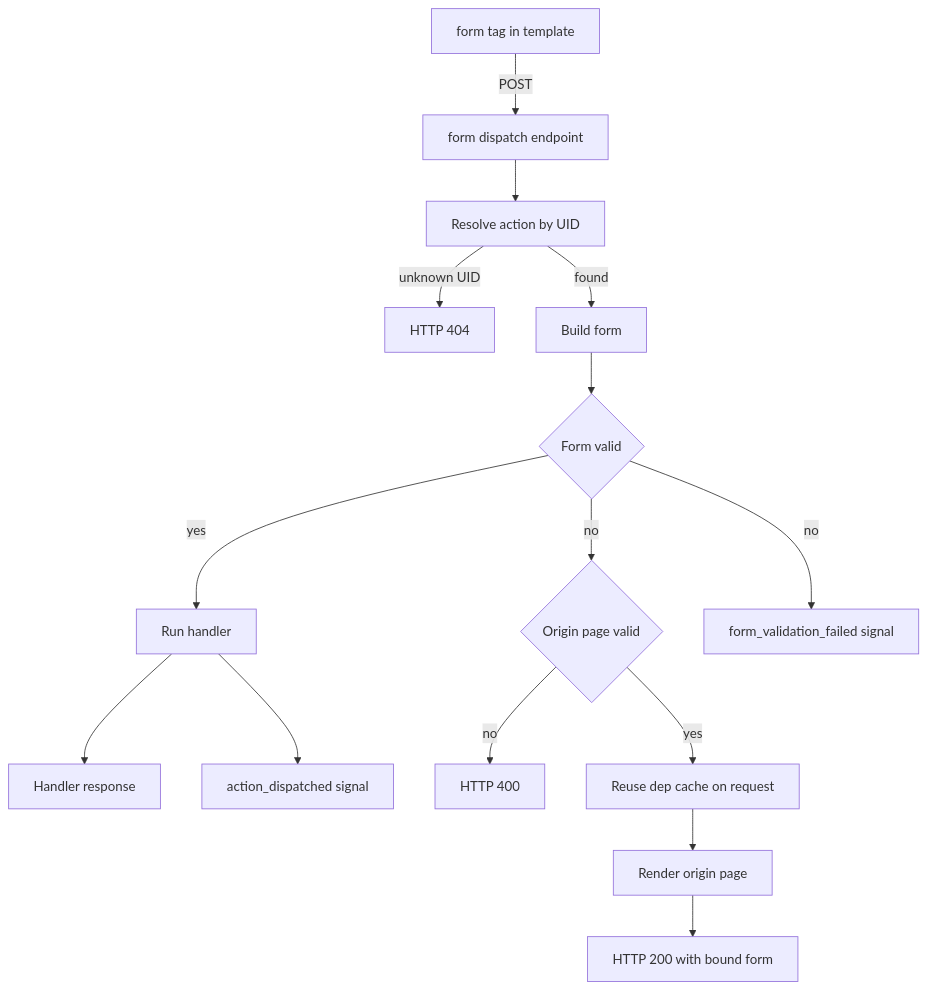
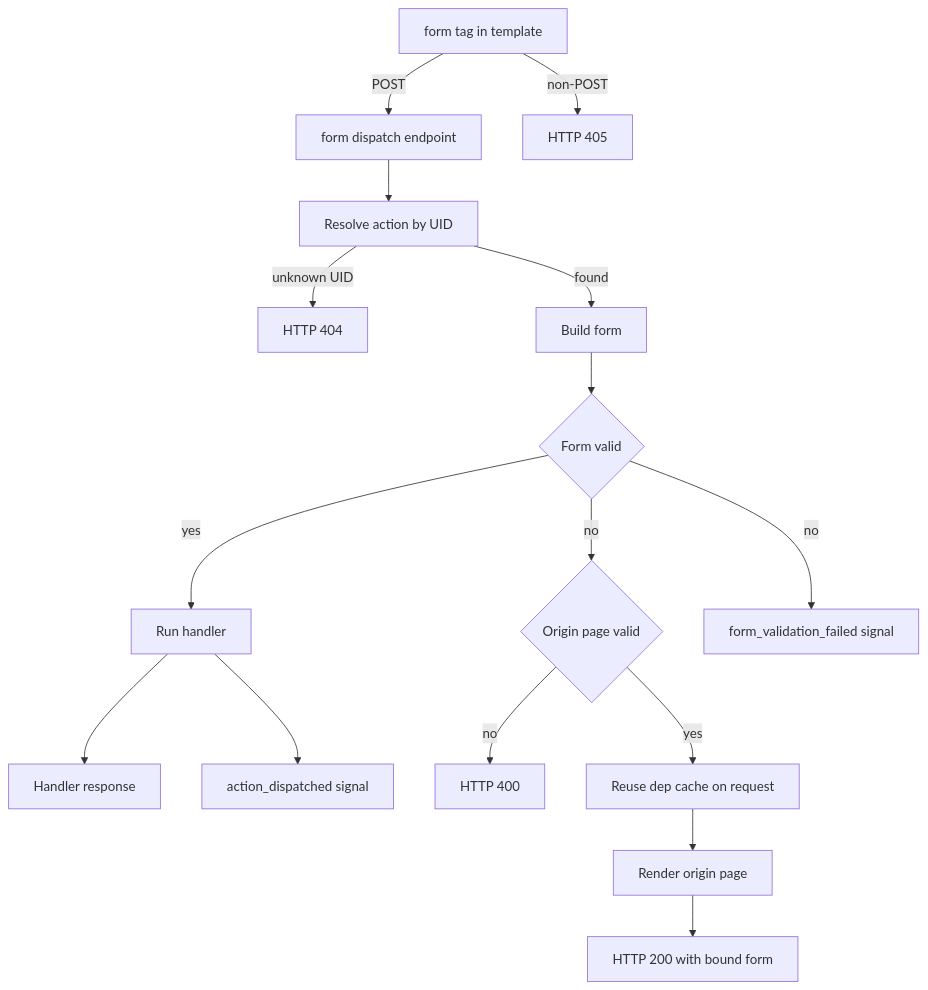
Before and after one commit to next-dj/next-dj: the diagram in docs/content/internals/action-dispatch.rst, drawn with Mermaid. The commit also changed other lines of this file and 89 other files, not shown here.

```diff
--- a/docs/content/internals/action-dispatch.rst
+++ b/docs/content/internals/action-dispatch.rst
@@ -22,17 +23,18 @@
 .. mermaid::
 
    flowchart TB
        Template["form tag in template"] -- POST --> Endpoint["form dispatch endpoint"]
+       Template -- "non-POST" --> NotAllowed["HTTP 405"]
        Endpoint --> Lookup["Resolve action by UID"]
        Lookup -- unknown UID --> NotFound["HTTP 404"]
        Lookup -- found --> Build["Build form"]
        Build --> Validate{"Form valid"}
        Validate -- yes --> Handler["Run handler"]
        Handler --> Response["Handler response"]
        Handler --> ActionDispatched["action_dispatched signal"]
        Validate -- no --> Origin{"Origin page valid"}
        Origin -- no --> BadRequest["HTTP 400"]
        Origin -- yes --> ShareCache["Reuse dep cache on request"]
        ShareCache --> RenderOrigin["Render origin page"]
        RenderOrigin --> RerenderHTML["HTTP 200 with bound form"]
        Validate -- no --> FormFailed["form_validation_failed signal"]
```
